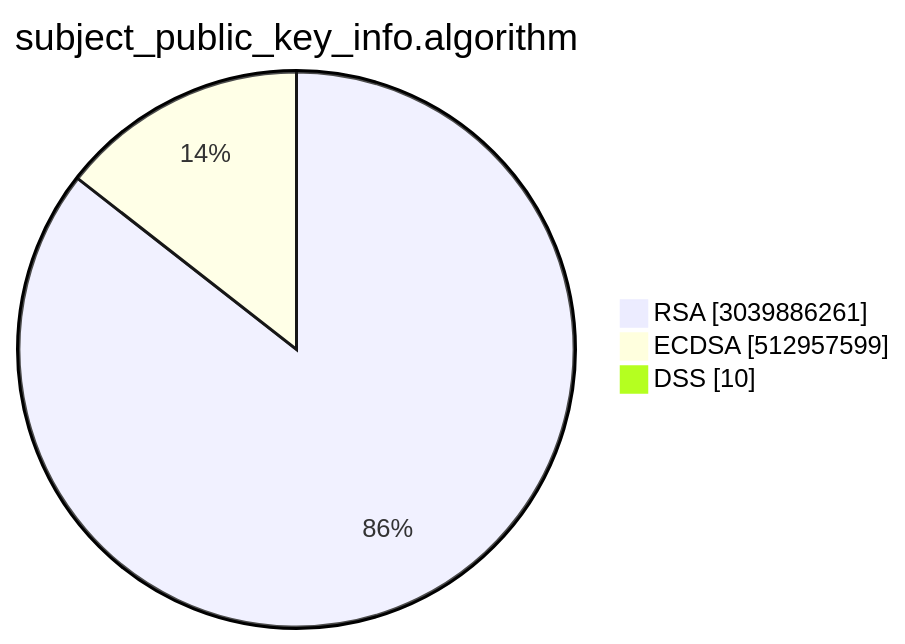
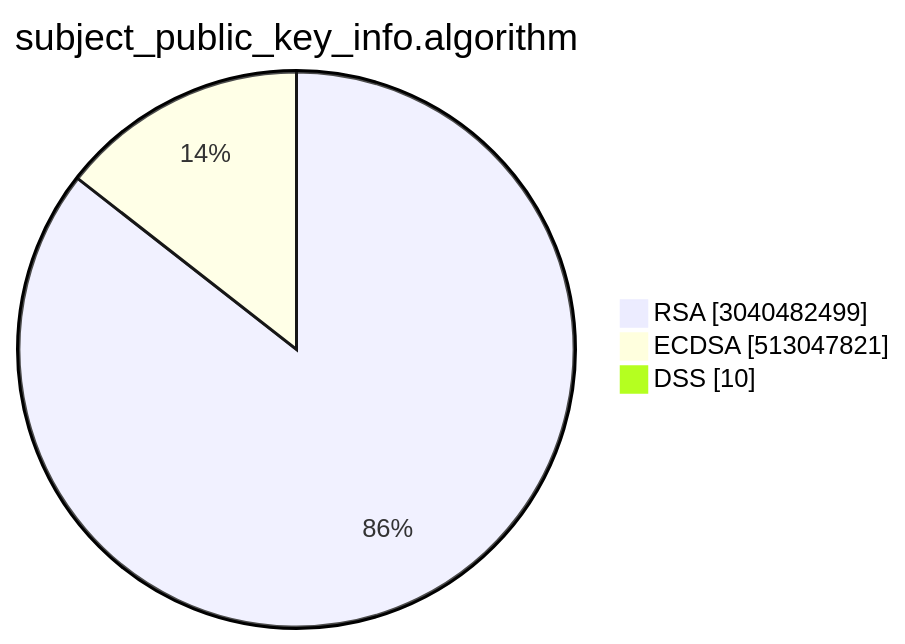
Before and after one commit to christiankrug/ctmonitor_visualization: the second of 15 diagrams in TOTAL/README.md, drawn with Mermaid. The commit also changed other lines of this file, not shown here.

````diff
--- a/TOTAL/README.md
+++ b/TOTAL/README.md
@@ -6,7 +6,7 @@
 ```mermaid
 pie showData
 title subject_public_key_info.algorithm
-"RSA" :3039886261
-"ECDSA" :512957599
+"RSA" :3040482499
+"ECDSA" :513047821
 "DSS" :10
 ```
````
